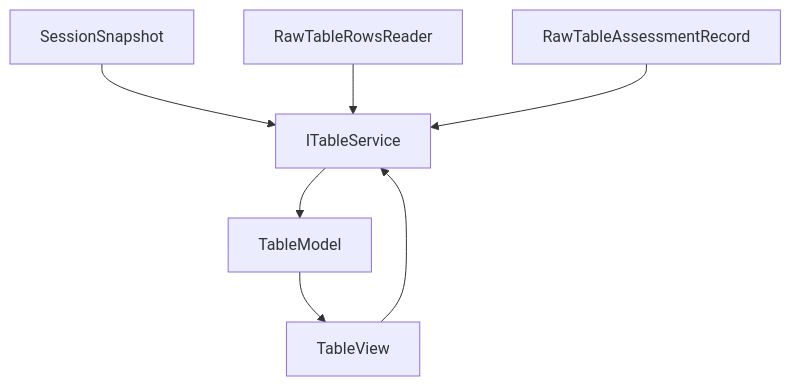
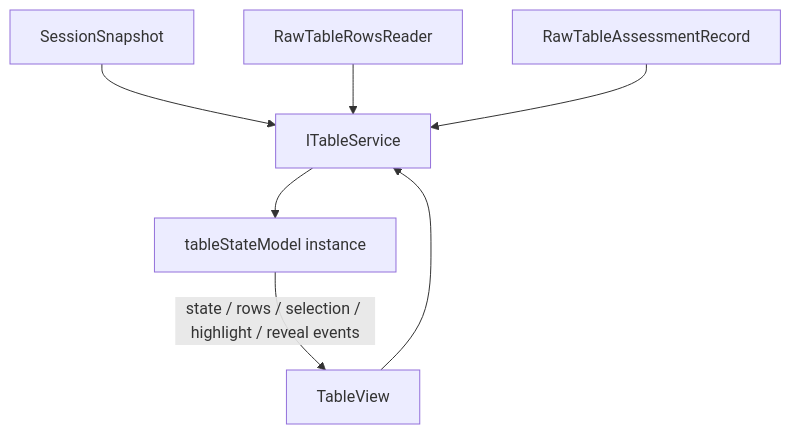
The diagram in .github/instructions/table.instructions.md (chogng/conductor), drawn with Mermaid before and after one commit. The commit also changed other lines of this file and 23 other files, not shown here.

````diff
--- a/.github/instructions/table.instructions.md
+++ b/.github/instructions/table.instructions.md
@@ -58,9 +62,9 @@
 ```mermaid
 flowchart TD
     Session[SessionSnapshot] --> TableService[ITableService]
     Rows[RawTableRowsReader] --> TableService
     Assessment[RawTableAssessmentRecord] --> TableService
-    TableService --> TableModel[TableModel]
-    TableModel --> TableView[TableView]
+    TableService --> StateModel[tableStateModel instance]
+    StateModel -->|state / rows / selection / highlight / reveal events| TableView[TableView]
     TableView --> TableService
 ```
````
